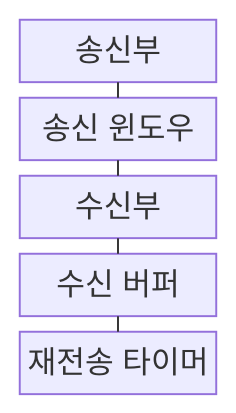
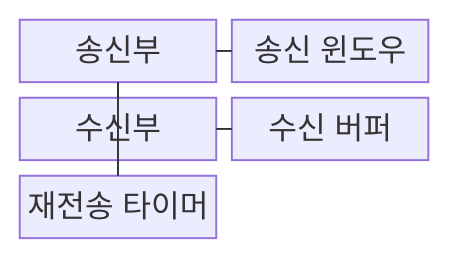
Before and after one commit to agnusdei1207/knowledge-base: the first of 2 diagrams in src/content/docs/notes/04-network/027_arq_error_control.md, drawn with Mermaid. The commit also changed other lines of this file and 20 other files, not shown here.

````diff
--- a/src/content/docs/notes/04-network/027_arq_error_control.md
+++ b/src/content/docs/notes/04-network/027_arq_error_control.md
@@ -57,13 +56,13 @@
 ```mermaid
-block-beta
-    columns 1
+block
+    columns 2
     A["송신부"]
     B["송신 윈도우"]
     C["수신부"]
     D["수신 버퍼"]
     E["재전송 타이머"]
     A --- B
-    B --- C
+    A --- E
+    A --- C
     C --- D
-    D --- E
 ```
````
